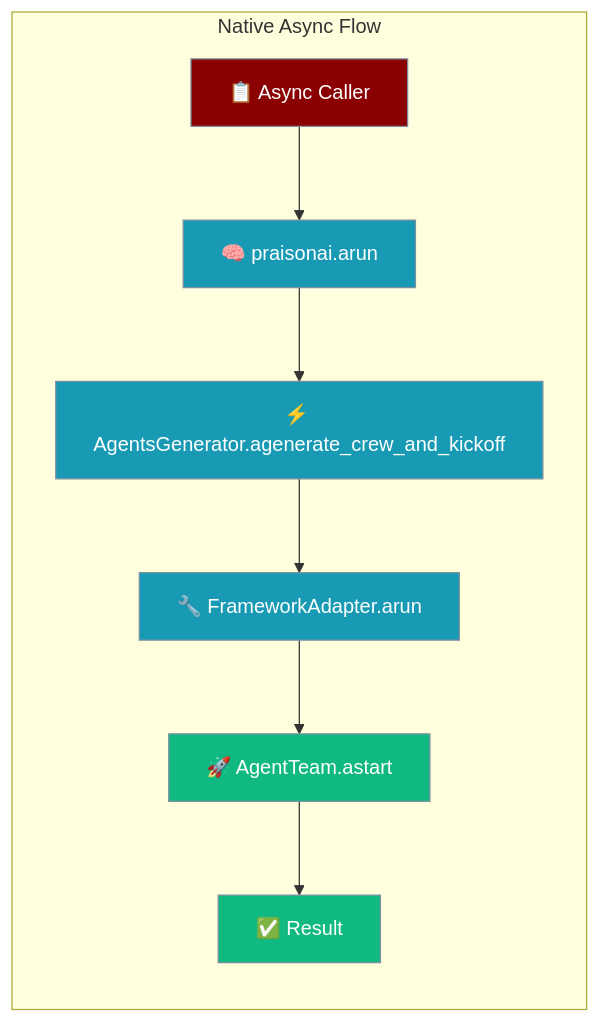
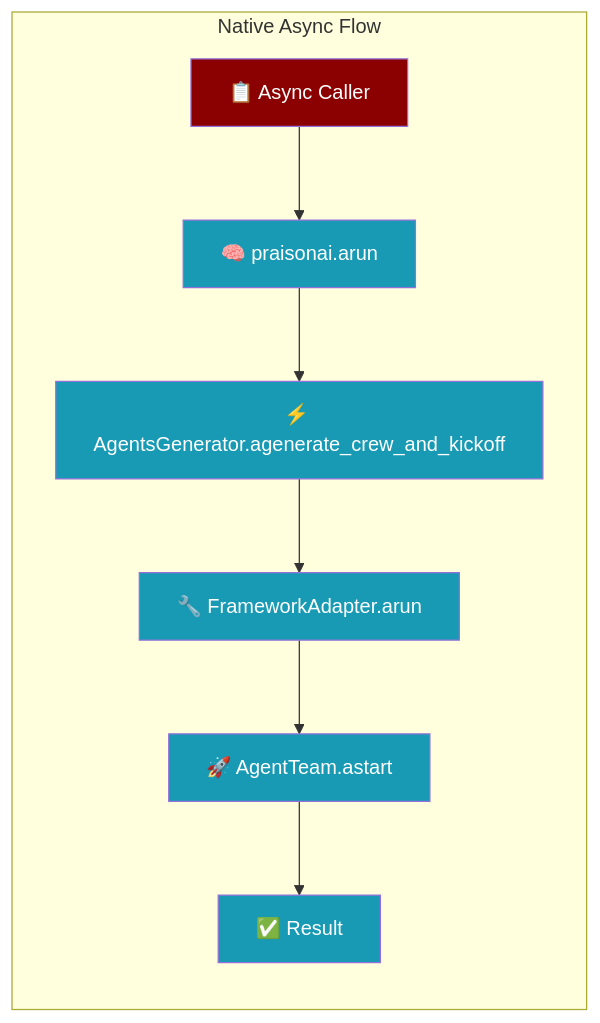
Before and after one commit to MervinPraison/PraisonAIDocs: the first of 2 diagrams in docs/features/async-crew-kickoff.mdx, drawn with Mermaid. The commit also changed 24 other files, not shown here.

````diff
--- a/docs/features/async-crew-kickoff.mdx
+++ b/docs/features/async-crew-kickoff.mdx
@@ -10,22 +10,16 @@
 ```mermaid
 graph LR
     subgraph "Native Async Flow"
         A[📋 Async Caller] --> B[🧠 praisonai.arun]
         B --> C[⚡ AgentsGenerator.agenerate_crew_and_kickoff]
         C --> D[🔧 FrameworkAdapter.arun]
         D --> E[🚀 AgentTeam.astart]
         E --> F[✅ Result]
     end
     
-    classDef input fill:#8B0000,stroke:#7C90A0,color:#fff
-    classDef process fill:#189AB4,stroke:#7C90A0,color:#fff
-    classDef adapter fill:#189AB4,stroke:#7C90A0,color:#fff
-    classDef native fill:#10B981,stroke:#7C90A0,color:#fff
-    classDef output fill:#10B981,stroke:#7C90A0,color:#fff
+    classDef agent fill:#8B0000,color:#fff
+    classDef tool fill:#189AB4,color:#fff
     
-    class A input
-    class B,C process
-    class D adapter
-    class E native
-    class F output
+    class A agent
+    class B,C,D,E,F tool
 ```
````
